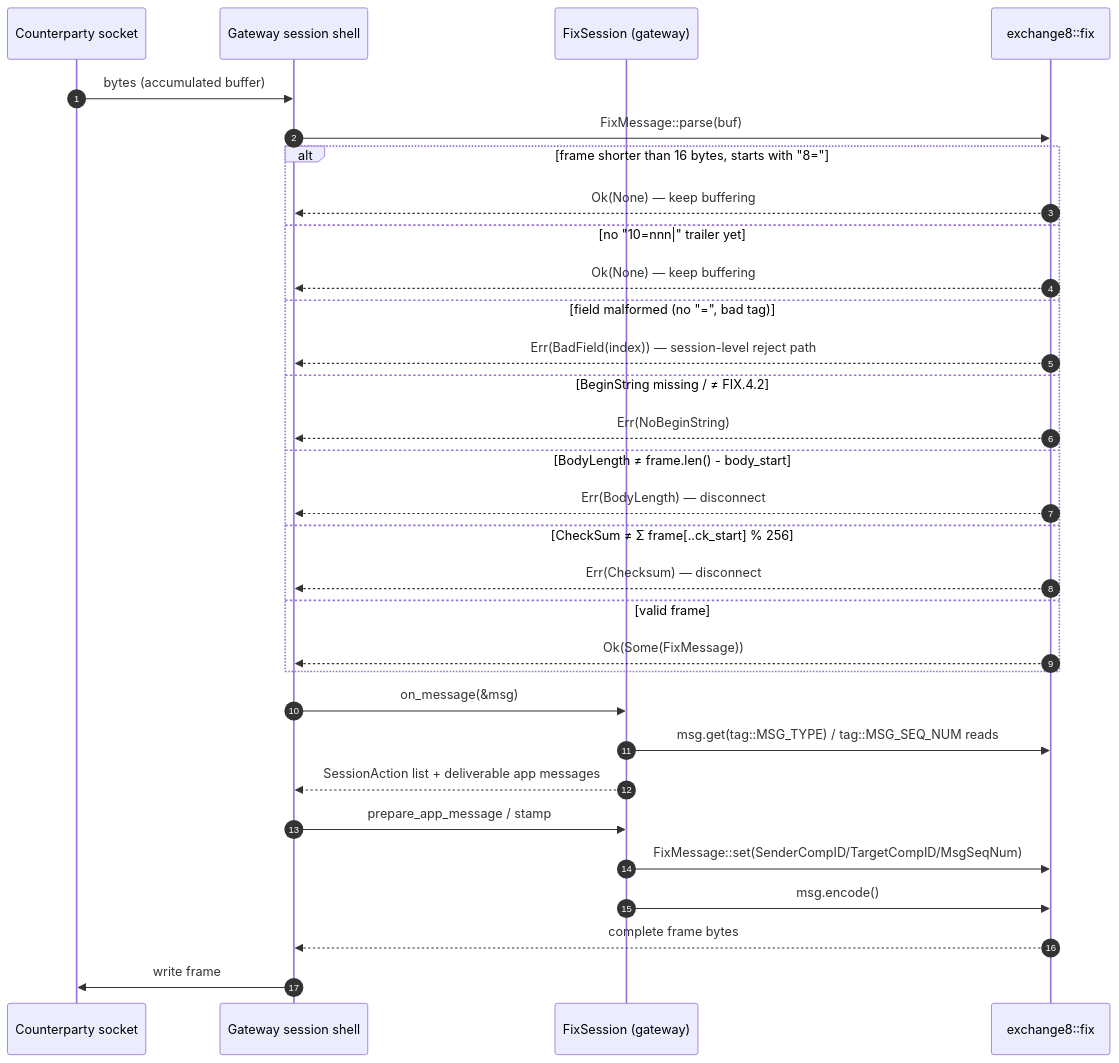
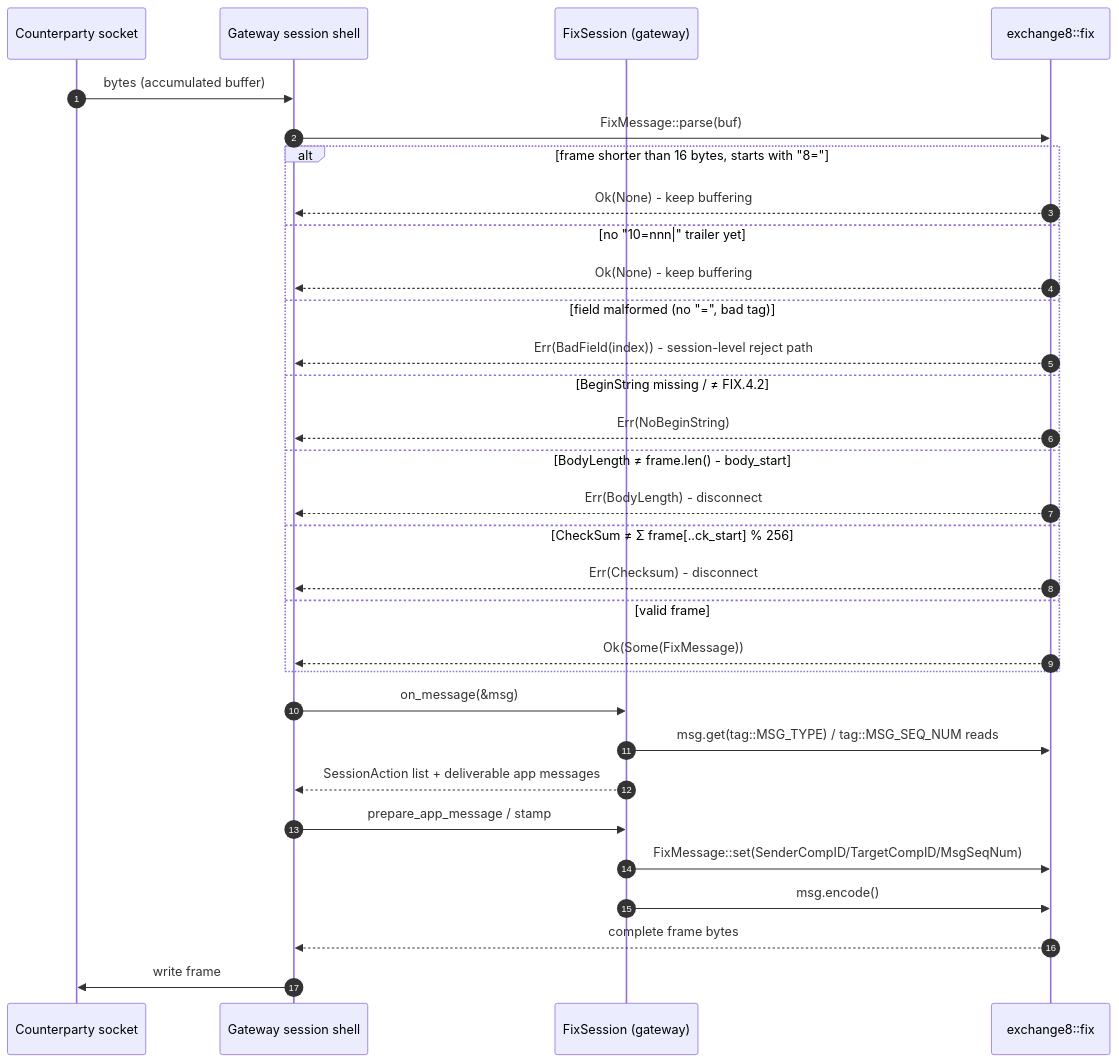
The second of 5 diagrams in crates/fix/DESIGN.md (Exchange8-dev/exchange8-sdk), drawn with Mermaid before and after one commit. The commit also changed other lines of this file and 60 other files, not shown here.

````diff
--- a/crates/fix/DESIGN.md
+++ b/crates/fix/DESIGN.md
@@ -81,34 +81,34 @@
 ```mermaid
 sequenceDiagram
     autonumber
     participant TCP as Counterparty socket
     participant SH as Gateway session shell
     participant SM as FixSession (gateway)
     participant FX as exchange8::fix
 
     TCP->>SH: bytes (accumulated buffer)
     SH->>FX: FixMessage::parse(buf)
     alt frame shorter than 16 bytes, starts with "8="
-        FX-->>SH: Ok(None) — keep buffering
+        FX-->>SH: Ok(None) - keep buffering
     else no "10=nnn|" trailer yet
-        FX-->>SH: Ok(None) — keep buffering
+        FX-->>SH: Ok(None) - keep buffering
     else field malformed (no "=", bad tag)
-        FX-->>SH: Err(BadField(index)) — session-level reject path
+        FX-->>SH: Err(BadField(index)) - session-level reject path
     else BeginString missing / ≠ FIX.4.2
         FX-->>SH: Err(NoBeginString)
     else BodyLength ≠ frame.len() - body_start
-        FX-->>SH: Err(BodyLength) — disconnect
+        FX-->>SH: Err(BodyLength) - disconnect
     else CheckSum ≠ Σ frame[..ck_start] % 256
-        FX-->>SH: Err(Checksum) — disconnect
+        FX-->>SH: Err(Checksum) - disconnect
     else valid frame
         FX-->>SH: Ok(Some(FixMessage))
     end
     SH->>SM: on_message(&msg)
     SM->>FX: msg.get(tag::MSG_TYPE) / tag::MSG_SEQ_NUM reads
     SM-->>SH: SessionAction list + deliverable app messages
     SH->>SM: prepare_app_message / stamp
     SM->>FX: FixMessage::set(SenderCompID/TargetCompID/MsgSeqNum)
     SM->>FX: msg.encode()
     FX-->>SH: complete frame bytes
     SH->>TCP: write frame
 ```
````
